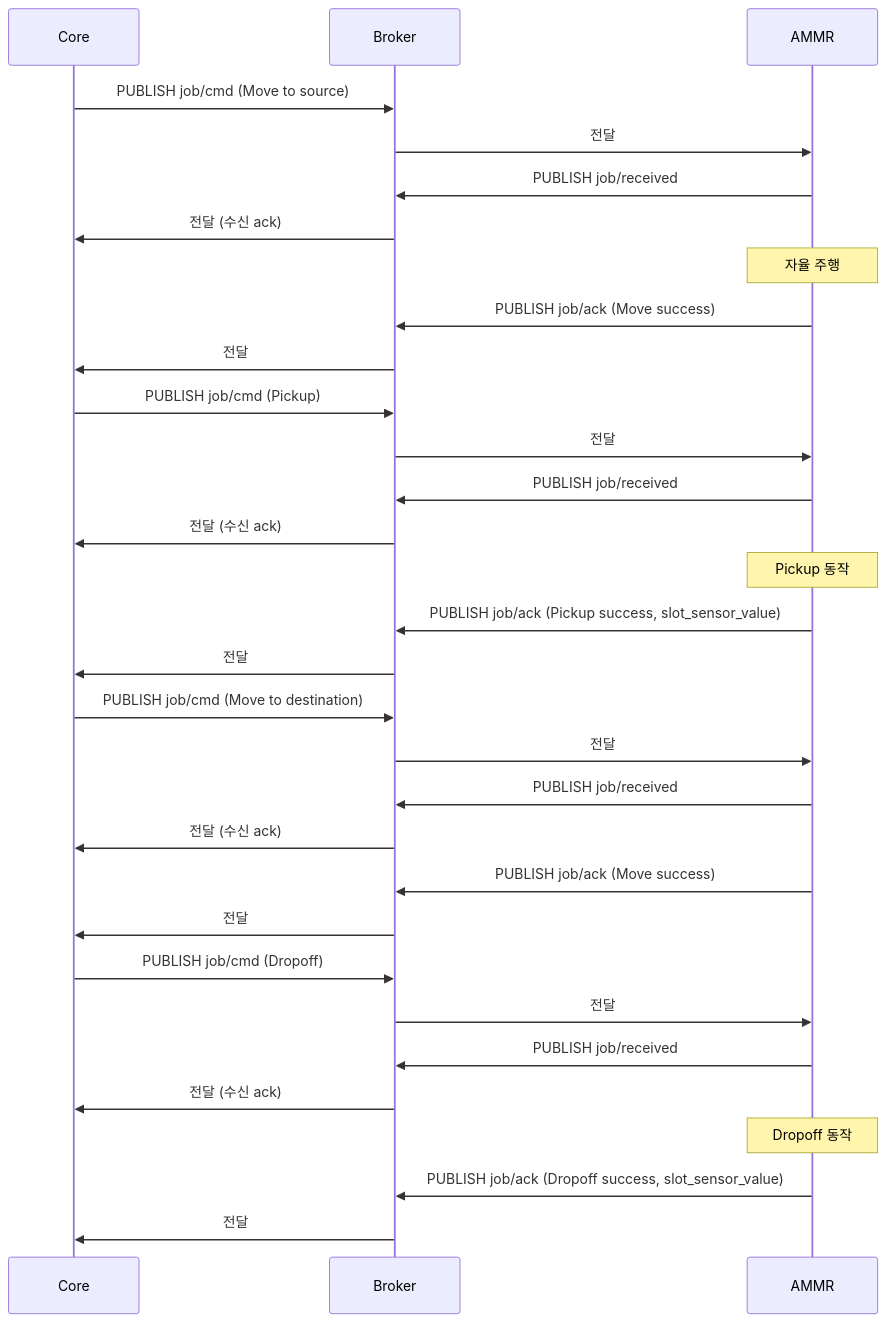
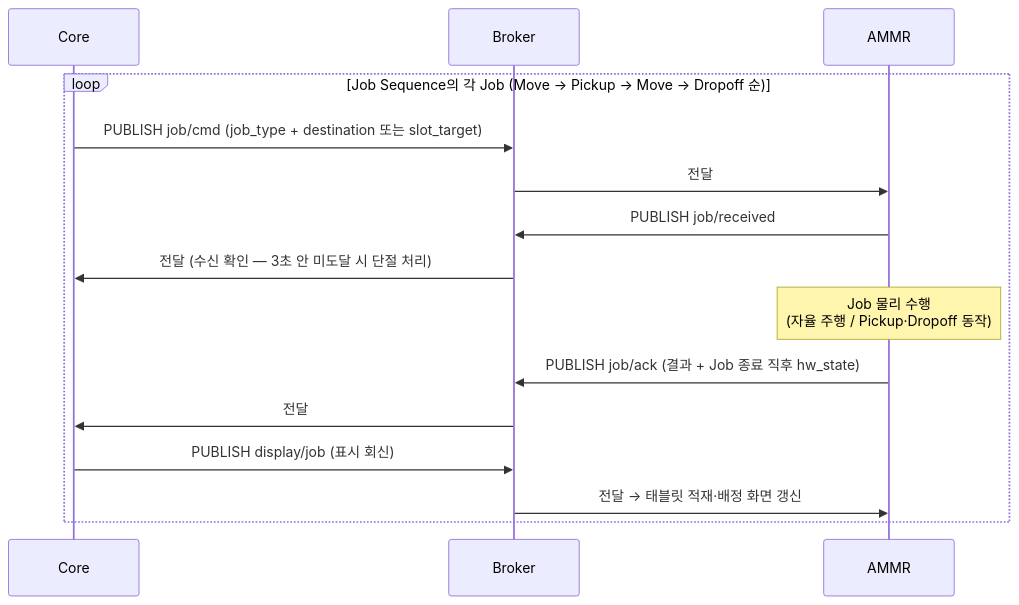
Before and after one commit to kimminsu0315/Core-Docs: the sixth of 12 diagrams in docs/out/Core_ICD_AMMR.md, drawn with Mermaid. The commit also changed other lines of this file and 7 other files, not shown here.

````diff
--- a/docs/out/Core_ICD_AMMR.md
+++ b/docs/out/Core_ICD_AMMR.md
@@ -681,37 +1053,18 @@
 ```mermaid
 sequenceDiagram
     participant C as Core
     participant B as Broker
     participant A as AMMR
 
-    C->>B: PUBLISH job/cmd (Move to source)
-    B->>A: 전달
-    A->>B: PUBLISH job/received
-    B->>C: 전달 (수신 ack)
-    Note over A: 자율 주행
-    A->>B: PUBLISH job/ack (Move success)
-    B->>C: 전달
-
-    C->>B: PUBLISH job/cmd (Pickup)
-    B->>A: 전달
-    A->>B: PUBLISH job/received
-    B->>C: 전달 (수신 ack)
-    Note over A: Pickup 동작
-    A->>B: PUBLISH job/ack (Pickup success, slot_sensor_value)
-    B->>C: 전달
-
-    C->>B: PUBLISH job/cmd (Move to destination)
-    B->>A: 전달
-    A->>B: PUBLISH job/received
-    B->>C: 전달 (수신 ack)
-    A->>B: PUBLISH job/ack (Move success)
-    B->>C: 전달
-
-    C->>B: PUBLISH job/cmd (Dropoff)
-    B->>A: 전달
-    A->>B: PUBLISH job/received
-    B->>C: 전달 (수신 ack)
-    Note over A: Dropoff 동작
-    A->>B: PUBLISH job/ack (Dropoff success, slot_sensor_value)
-    B->>C: 전달
+    loop Job Sequence의 각 Job (Move → Pickup → Move → Dropoff 순)
+        C->>B: PUBLISH job/cmd (job_type + destination 또는 slot_target)
+        B->>A: 전달
+        A->>B: PUBLISH job/received
+        B->>C: 전달 (수신 확인 — 3초 안 미도달 시 단절 처리)
+        Note over A: Job 물리 수행<br/>(자율 주행 / Pickup·Dropoff 동작)
+        A->>B: PUBLISH job/ack (결과 + Job 종료 직후 hw_state)
+        B->>C: 전달
+        C->>B: PUBLISH display/job (표시 회신)
+        B->>A: 전달 → 태블릿 적재·배정 화면 갱신
+    end
 ```
````
